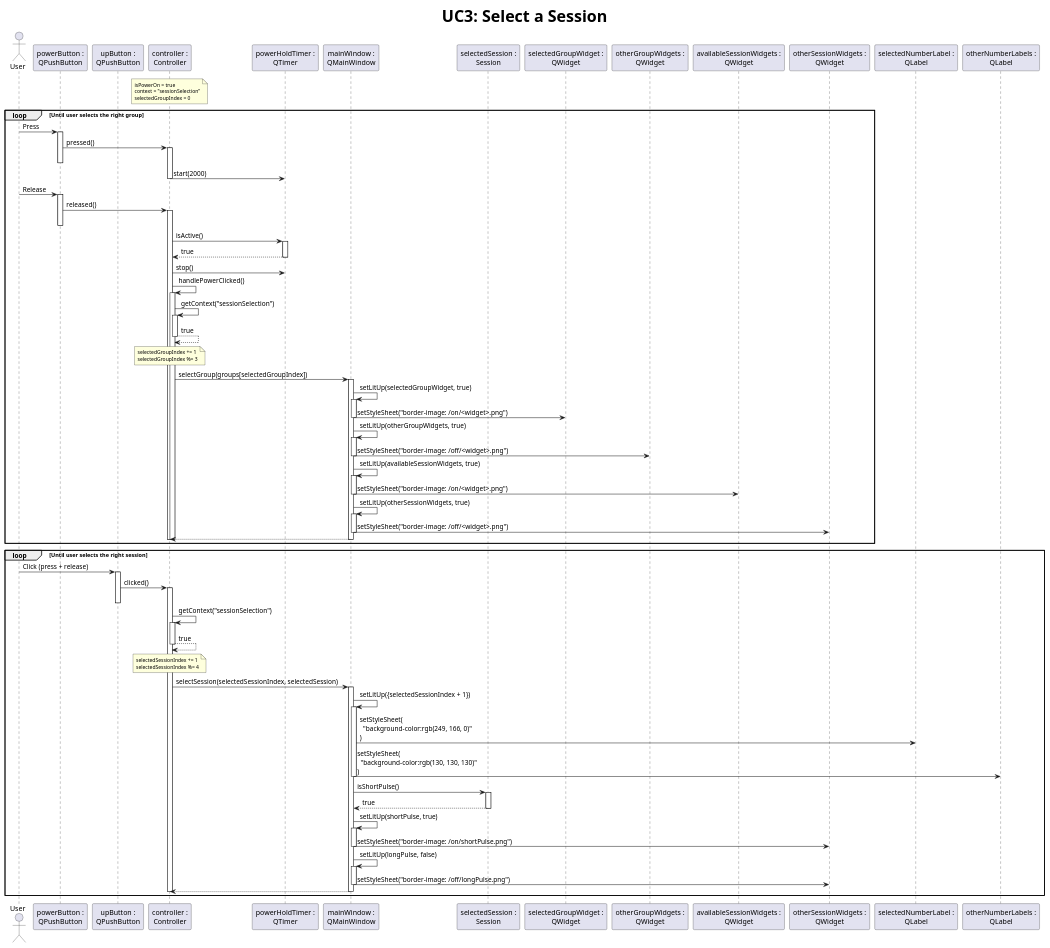
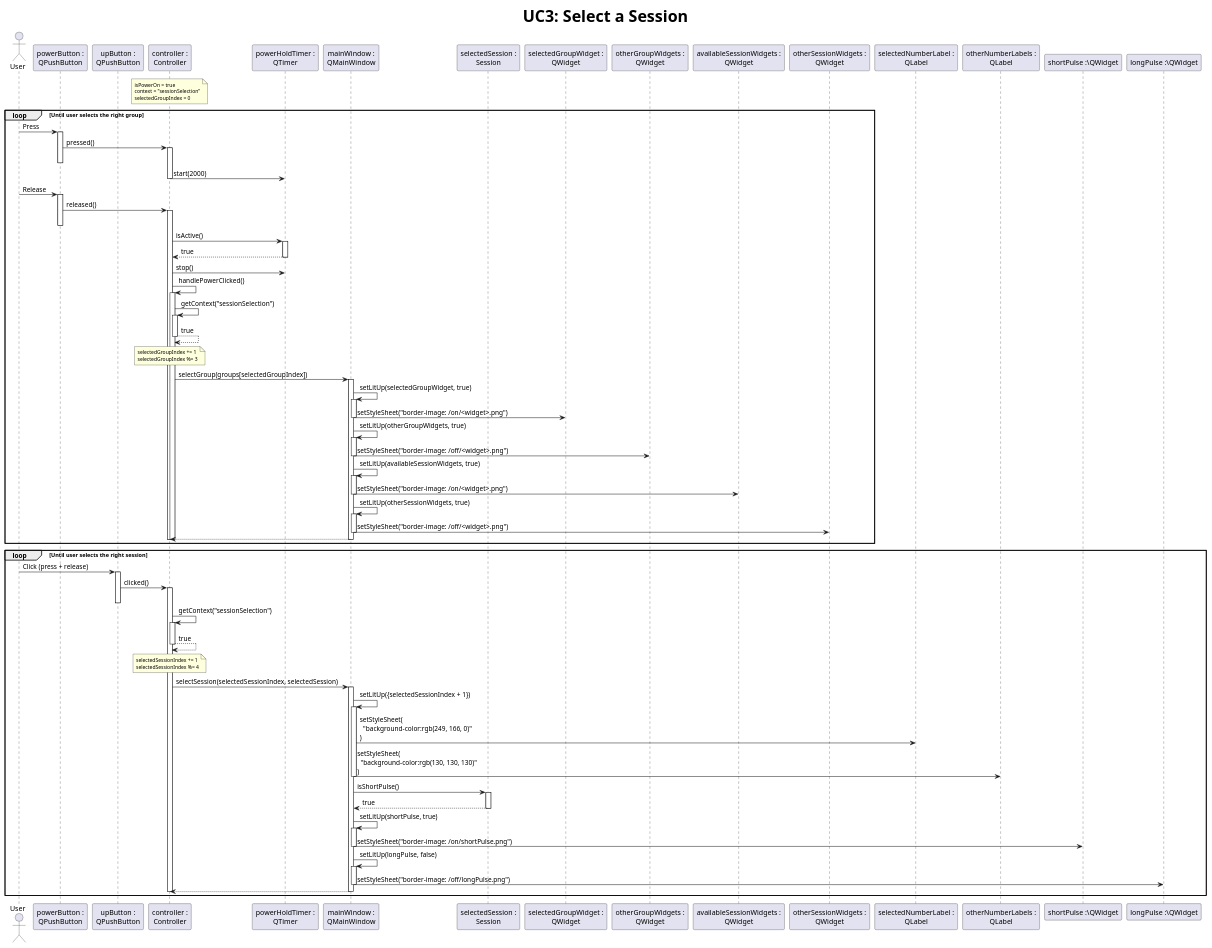
The diagram in design/sequence/UC3-selectSession.plantuml (alejita11011/CES-Simulator), drawn with PlantUML before and after one commit. The commit also changed 1 other file, not shown here.

Commit message:
Fix shortPulse/longPulse widgets in UC3

```diff
--- a/design/sequence/UC3-selectSession.plantuml
+++ b/design/sequence/UC3-selectSession.plantuml
@@ -1,75 +1,77 @@
 @startuml UC3-selectSession
 
 title <size:32>**UC3:** Select a Session
 
 actor       User as user
 participant "powerButton :\nQPushButton" as powerButton
 participant "upButton :\nQPushButton" as upButton
 ' participant "downButton :\nQPushButton" as downButton
 participant "controller :\nController" as controller
 participant "powerHoldTimer :\nQTimer" as powerHoldTimer
 participant "mainWindow :\nQMainWindow" as mainWindow
 participant "selectedSession :\nSession" as selectedSession
 participant "selectedGroupWidget :\nQWidget" as selectedGroupWidget
 participant "otherGroupWidgets :\nQWidget" as otherGroupWidgets
 participant "availableSessionWidgets :\nQWidget" as availableSessionWidgets
 participant "otherSessionWidgets :\nQWidget" as otherSessionWidgets
 participant "selectedNumberLabel :\nQLabel" as selectedNumberLabel
 participant "otherNumberLabels :\nQLabel" as otherNumberLabels
+participant "shortPulse :\QWidget" as shortPulse
+participant "longPulse :\QWidget" as longPulse
 
 note over controller: <size:10>isPowerOn = true\n<size:10>context = "sessionSelection"\n<size:10>selectedGroupIndex = 0
 
 loop Until user selects the right group
     user -> powerButton ++ : Press
     powerButton -> controller ++-- : pressed()
     controller -> powerHoldTimer -- : start(2000)
 
     user -> powerButton ++ : Release
     powerButton -> controller ++-- : released()
     controller -> powerHoldTimer ++ : isActive()
     return true
     controller -> powerHoldTimer : stop()
     controller -> controller ++ : handlePowerClicked()
     controller -> controller ++ : getContext("sessionSelection")
     return true
     note over controller: <size:10>selectedGroupIndex += 1\n<size:10>selectedGroupIndex %= 3
 
     controller -> mainWindow ++ : selectGroup(groups[selectedGroupIndex])
     mainWindow -> mainWindow ++ : setLitUp(selectedGroupWidget, true)
     mainWindow -> selectedGroupWidget -- : setStyleSheet("border-image: /on/<widget>.png")
     mainWindow -> mainWindow ++ : setLitUp(otherGroupWidgets, true)
     mainWindow -> otherGroupWidgets -- : setStyleSheet("border-image: /off/<widget>.png")
     mainWindow -> mainWindow ++ : setLitUp(availableSessionWidgets, true)
     mainWindow -> availableSessionWidgets -- : setStyleSheet("border-image: /on/<widget>.png")
     mainWindow -> mainWindow ++ : setLitUp(otherSessionWidgets, true)
     mainWindow -> otherSessionWidgets -- : setStyleSheet("border-image: /off/<widget>.png")
     return
     controller --
     controller --
 end ref
 
 loop Until user selects the right session
     user -> upButton ++ : Click (press + release)
     upButton -> controller ++-- : clicked()
 
     controller -> controller ++ : getContext("sessionSelection")
     return true
     note over controller: <size:10>selectedSessionIndex += 1\n<size:10>selectedSessionIndex %= 4
 
     controller -> mainWindow ++ : selectSession(selectedSessionIndex, selectedSession)
     mainWindow -> mainWindow ++ : setLitUp({selectedSessionIndex + 1})
     mainWindow -> selectedNumberLabel : setStyleSheet(\n  "background-color:rgb(249, 166, 0)"\n)
     mainWindow -> otherNumberLabels -- : setStyleSheet(\n  "background-color:rgb(130, 130, 130)"\n)
 
     mainWindow -> selectedSession ++ : isShortPulse()
     return true
 
     mainWindow -> mainWindow ++ : setLitUp(shortPulse, true)
-    mainWindow -> otherSessionWidgets -- : setStyleSheet("border-image: /on/shortPulse.png")
+    mainWindow -> shortPulse -- : setStyleSheet("border-image: /on/shortPulse.png")
     mainWindow -> mainWindow ++ : setLitUp(longPulse, false)
-    mainWindow -> otherSessionWidgets -- : setStyleSheet("border-image: /off/longPulse.png")
+    mainWindow -> longPulse -- : setStyleSheet("border-image: /off/longPulse.png")
     return
     controller --
 end ref
 
 @enduml
```
